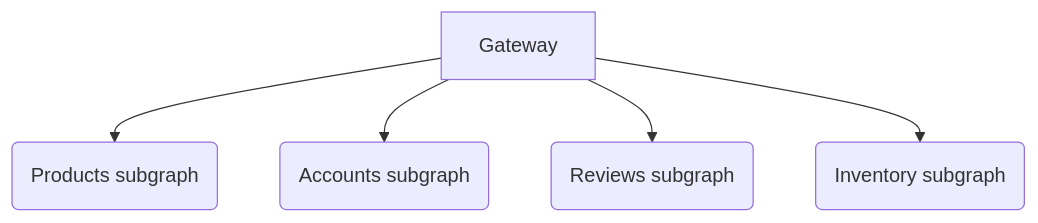
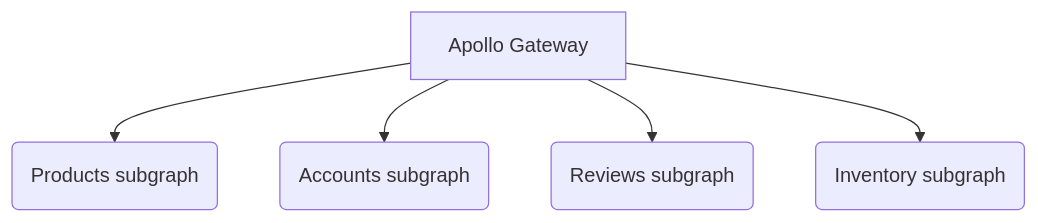
Before and after one commit to e-wag/netflix-dgs-federation-demo: the diagram in README.md, drawn with Mermaid.

````diff
--- a/README.md
+++ b/README.md
@@ -8,7 +8,7 @@
 ```mermaid
 graph TD
-    A[Gateway] --> B(Products subgraph)
-    A[Gateway] --> C(Accounts subgraph)
-    A[Gateway] --> D(Reviews subgraph)
-    A[Gateway] --> E(Inventory subgraph)
+    A[Apollo Gateway] --> B(Products subgraph)
+    A[Apollo Gateway] --> C(Accounts subgraph)
+    A[Apollo Gateway] --> D(Reviews subgraph)
+    A[Apollo Gateway] --> E(Inventory subgraph)
 ```
````
